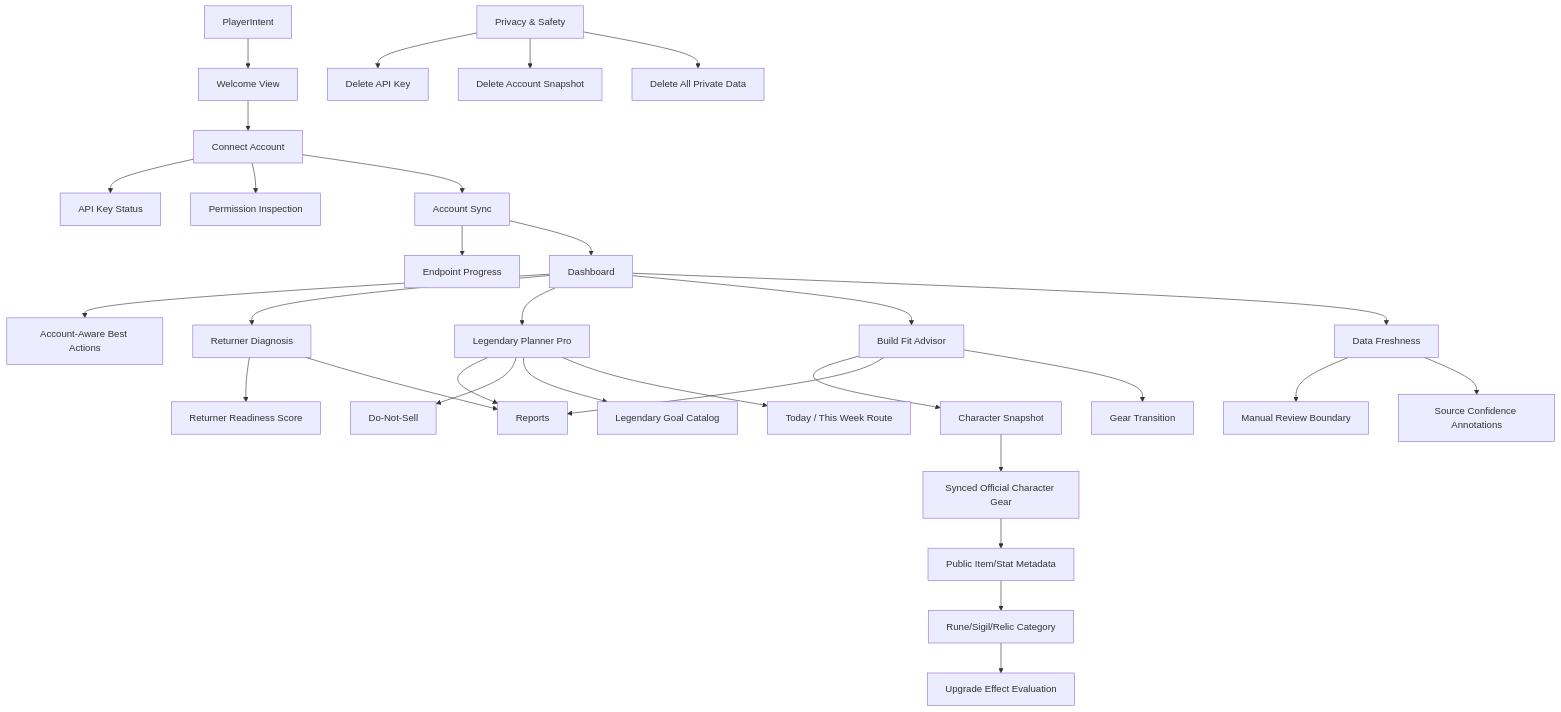
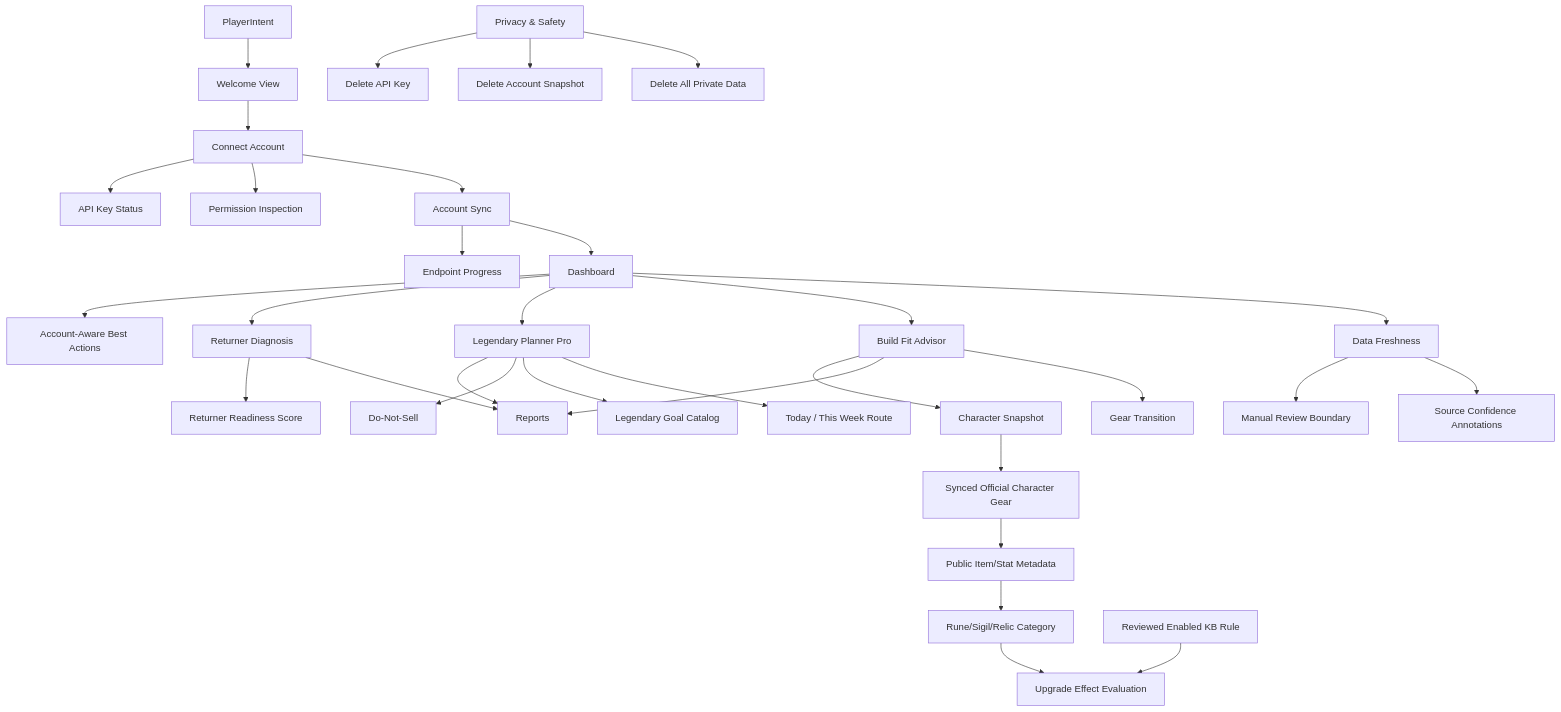
The diagram in docs/ui/PLAYER_UI_SEMANTIC_GRAPH_AUDIT.md (johnslee1207-commits/gw2radar), drawn with Mermaid before and after one commit. The commit also changed other lines of this file and 5 other files, not shown here.

````diff
--- a/docs/ui/PLAYER_UI_SEMANTIC_GRAPH_AUDIT.md
+++ b/docs/ui/PLAYER_UI_SEMANTIC_GRAPH_AUDIT.md
@@ -9,33 +9,34 @@
 ```mermaid
 graph TD
   PlayerIntent["PlayerIntent"] --> Welcome["Welcome View"]
   Welcome --> Connect["Connect Account"]
   Connect --> AccountKey["API Key Status"]
   Connect --> PermissionInspection["Permission Inspection"]
   Connect --> AccountSync["Account Sync"]
   AccountSync --> EndpointProgress["Endpoint Progress"]
   AccountSync --> Dashboard["Dashboard"]
   Dashboard --> BestActions["Account-Aware Best Actions"]
   Dashboard --> Returner["Returner Diagnosis"]
   Returner --> ReturnerReadiness["Returner Readiness Score"]
   Dashboard --> Legendary["Legendary Planner Pro"]
   Dashboard --> BuildFit["Build Fit Advisor"]
   BuildFit --> CharacterSnapshot["Character Snapshot"]
   CharacterSnapshot --> SyncedCharacterGear["Synced Official Character Gear"]
   SyncedCharacterGear --> PublicItemMetadata["Public Item/Stat Metadata"]
   PublicItemMetadata --> GearSemanticCategory["Rune/Sigil/Relic Category"]
   GearSemanticCategory --> UpgradeEffectEvaluation["Upgrade Effect Evaluation"]
+  KBRule["Reviewed Enabled KB Rule"] --> UpgradeEffectEvaluation
   Dashboard --> Freshness["Data Freshness"]
   Returner --> ReportCenter["Reports"]
   Legendary --> ReportCenter
   BuildFit --> ReportCenter
   Legendary --> DoNotSell["Do-Not-Sell"]
   Legendary --> LegendaryGoalCatalog["Legendary Goal Catalog"]
   Legendary --> LegendaryWeeklyRoute["Today / This Week Route"]
   BuildFit --> GearTransition["Gear Transition"]
   Freshness --> SafetyBoundary["Manual Review Boundary"]
   Freshness --> SourceConfidence["Source Confidence Annotations"]
   Privacy["Privacy & Safety"] --> DeleteKey["Delete API Key"]
   Privacy --> DeleteSnapshot["Delete Account Snapshot"]
   Privacy --> DeleteAllPrivate["Delete All Private Data"]
 ```
````
